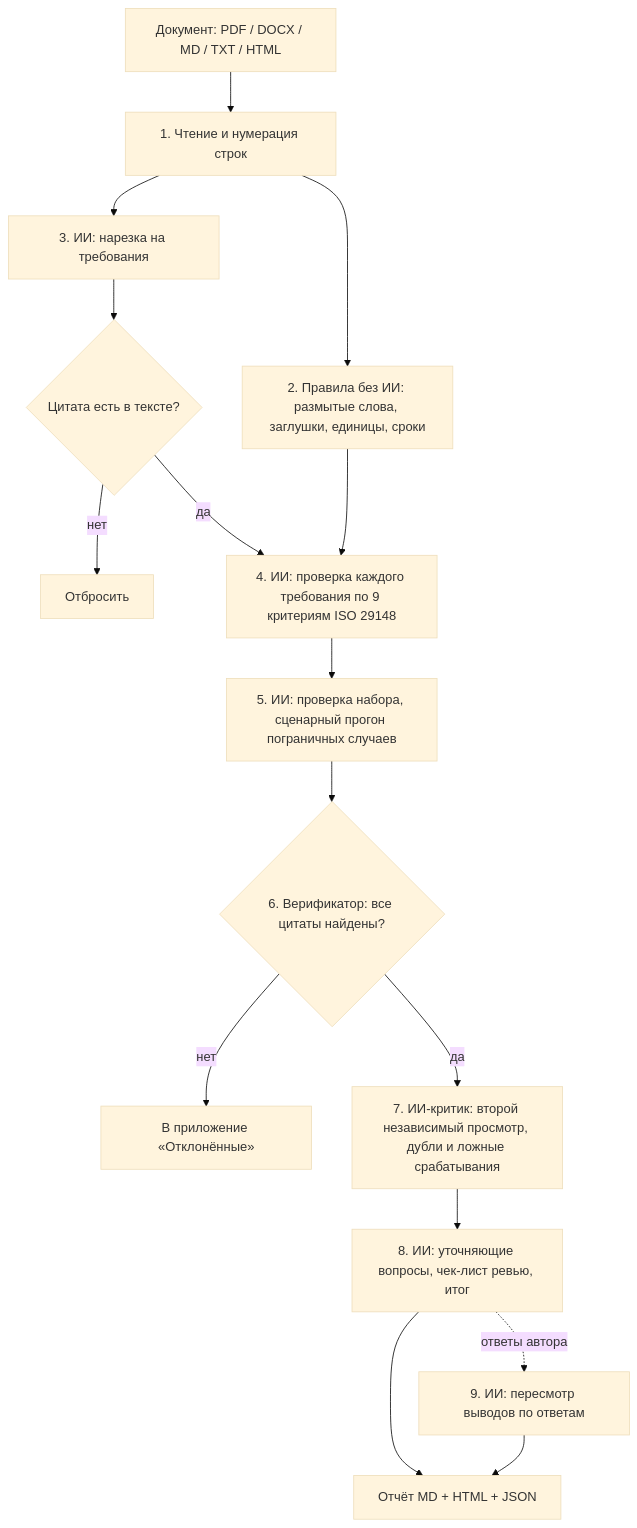
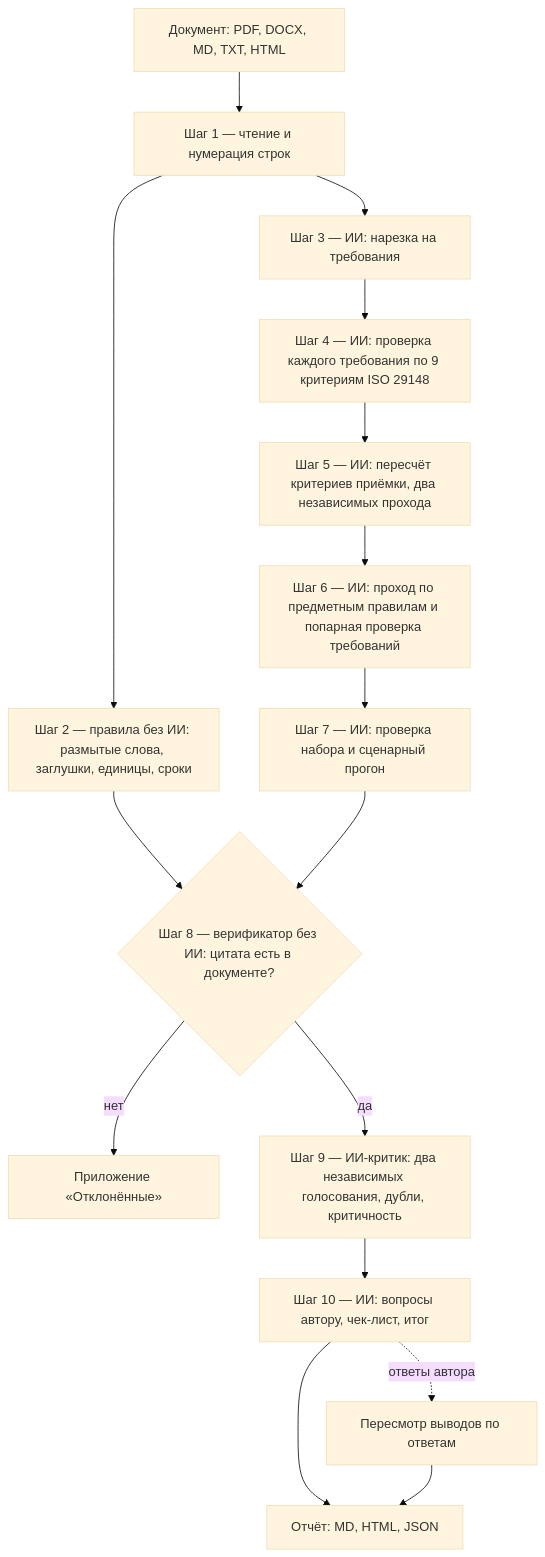
One commit to zhumakhemtovulan-lgtm/tz-auditor changed the diagram in README.md. Above: the diagram before and after it, drawn with Mermaid (base theme). The commit also changed other lines of this file, not shown here.

Commit message:
README: актуальная схема агента

````diff
--- a/README.md
+++ b/README.md
@@ -86,18 +86,18 @@
 ```mermaid
 flowchart TD
-    A[Документ: PDF / DOCX / MD / TXT / HTML] --> B[1. Чтение и нумерация строк]
-    B --> C[2. Правила без ИИ: размытые слова, заглушки, единицы, сроки]
-    B --> D[3. ИИ: нарезка на требования]
-    D --> V1{Цитата есть в тексте?}
-    V1 -- нет --> X[Отбросить]
-    V1 -- да --> E[4. ИИ: проверка каждого требования по 9 критериям ISO 29148]
-    C --> E
-    E --> F[5. ИИ: проверка набора, сценарный прогон пограничных случаев]
-    F --> V2{6. Верификатор: все цитаты найдены?}
-    V2 -- нет --> X2[В приложение «Отклонённые»]
-    V2 -- да --> G[7. ИИ-критик: второй независимый просмотр, дубли и ложные срабатывания]
-    G --> H[8. ИИ: уточняющие вопросы, чек-лист ревью, итог]
-    H --> R[Отчёт MD + HTML + JSON]
-    H -. ответы автора .-> I[9. ИИ: пересмотр выводов по ответам]
-    I --> R
+    A["Документ: PDF, DOCX, MD, TXT, HTML"] --> B["Шаг 1 — чтение и нумерация строк"]
+    B --> C["Шаг 2 — правила без ИИ: размытые слова, заглушки, единицы, сроки"]
+    B --> D["Шаг 3 — ИИ: нарезка на требования"]
+    D --> E["Шаг 4 — ИИ: проверка каждого требования по 9 критериям ISO 29148"]
+    E --> F["Шаг 5 — ИИ: пересчёт критериев приёмки, два независимых прохода"]
+    F --> G["Шаг 6 — ИИ: проход по предметным правилам и попарная проверка требований"]
+    G --> H["Шаг 7 — ИИ: проверка набора и сценарный прогон"]
+    C --> V
+    H --> V{"Шаг 8 — верификатор без ИИ: цитата есть в документе?"}
+    V -- нет --> X["Приложение «Отклонённые»"]
+    V -- да --> K["Шаг 9 — ИИ-критик: два независимых голосования, дубли, критичность"]
+    K --> S["Шаг 10 — ИИ: вопросы автору, чек-лист, итог"]
+    S --> R["Отчёт: MD, HTML, JSON"]
+    S -. ответы автора .-> Q["Пересмотр выводов по ответам"]
+    Q --> R
 ```
````
